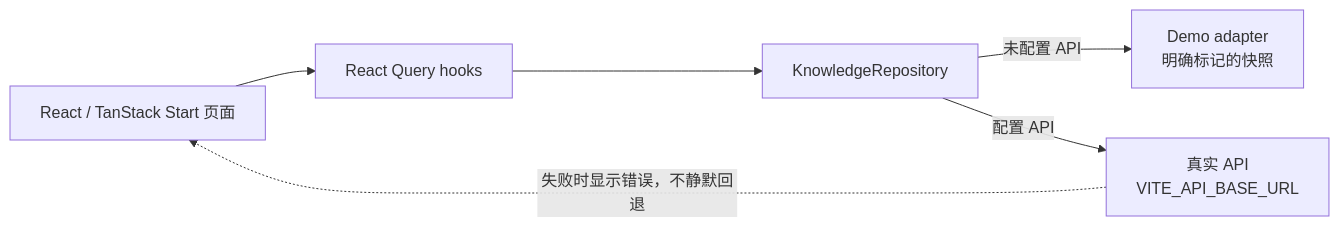
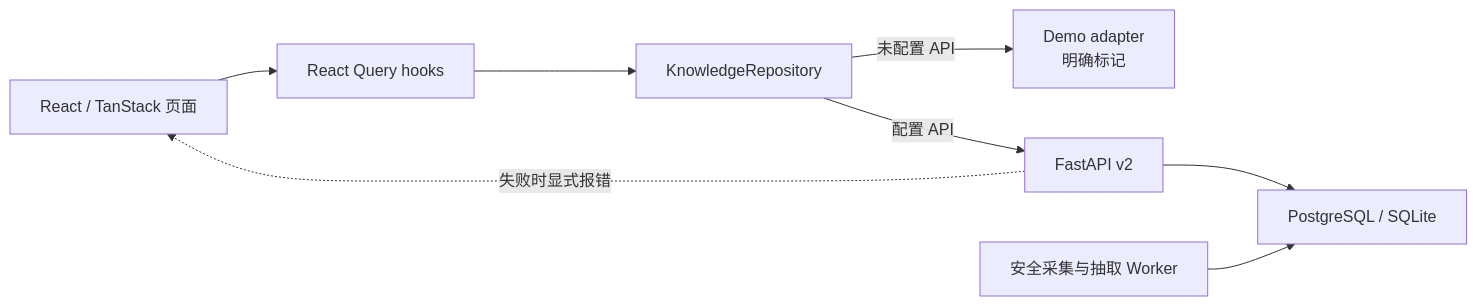
Before and after one commit to xuerp/ai-knowledge-explorer: the first of 3 diagrams in docs/ARCHITECTURE.md, drawn with Mermaid. The commit also changed other lines of this file and 18 other files, not shown here.

````diff
--- a/docs/ARCHITECTURE.md
+++ b/docs/ARCHITECTURE.md
@@ -7,14 +7,17 @@
 ```mermaid
 flowchart LR
-  UI["React / TanStack Start 页面"]
+  UI["React / TanStack 页面"]
   Hooks["React Query hooks"]
   Repo["KnowledgeRepository"]
-  Demo["Demo adapter<br/>明确标记的快照"]
-  API["真实 API<br/>VITE_API_BASE_URL"]
+  Demo["Demo adapter<br/>明确标记"]
+  API["FastAPI v2"]
+  DB["PostgreSQL / SQLite"]
+  Worker["安全采集与抽取 Worker"]
 
-  UI --> Hooks
-  Hooks --> Repo
+  UI --> Hooks --> Repo
   Repo -->|"未配置 API"| Demo
   Repo -->|"配置 API"| API
-  API -. "失败时显示错误，不静默回退" .-> UI
+  API --> DB
+  Worker --> DB
+  API -. "失败时显式报错" .-> UI
 ```
````
